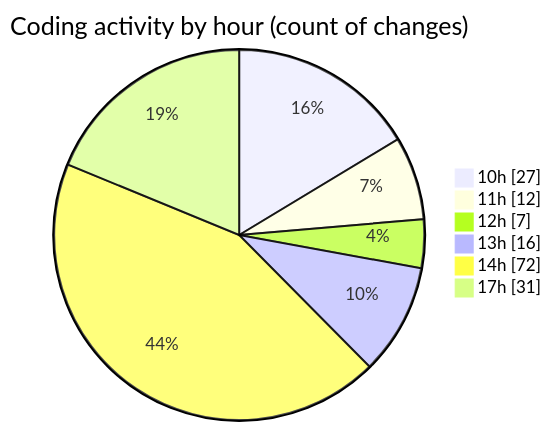
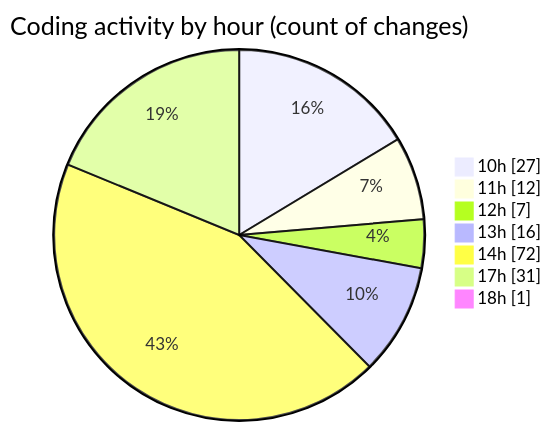
One commit to MatusMokan/code-tracking changed the second of 2 diagrams in 2025-03-01/myws__workspace_/README.md. Above: the diagram before and after it, drawn with Mermaid. The commit also changed other lines of this file and 1 other file, not shown here.

````diff
--- a/2025-03-01/myws__workspace_/README.md
+++ b/2025-03-01/myws__workspace_/README.md
@@ -41,10 +41,11 @@
 ```mermaid
 pie showData
 title Coding activity by hour (count of changes)
 "10h" : 27
 "11h" : 12
 "12h" : 7
 "13h" : 16
 "14h" : 72
 "17h" : 31
+"18h" : 1
 ```
````
